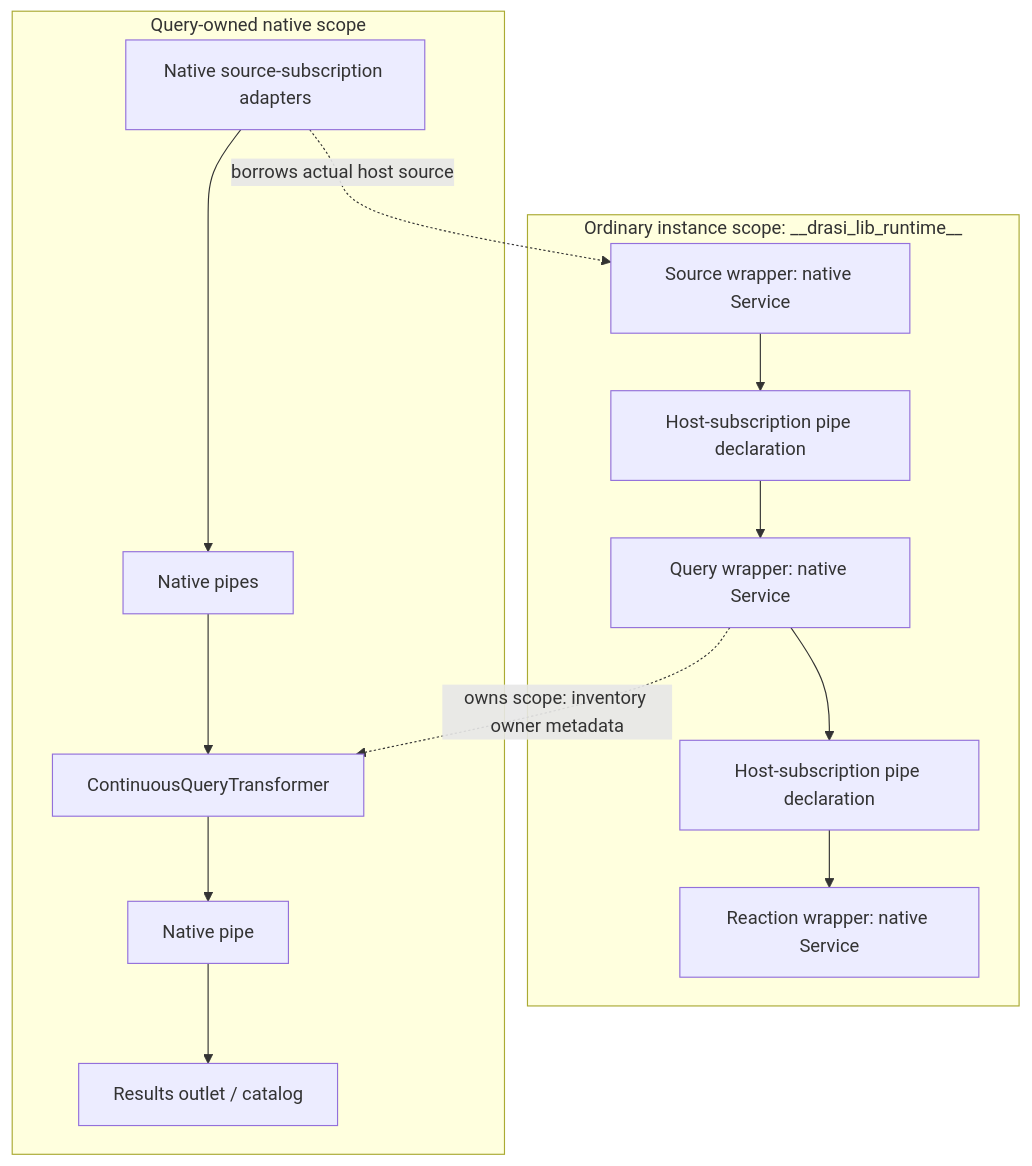
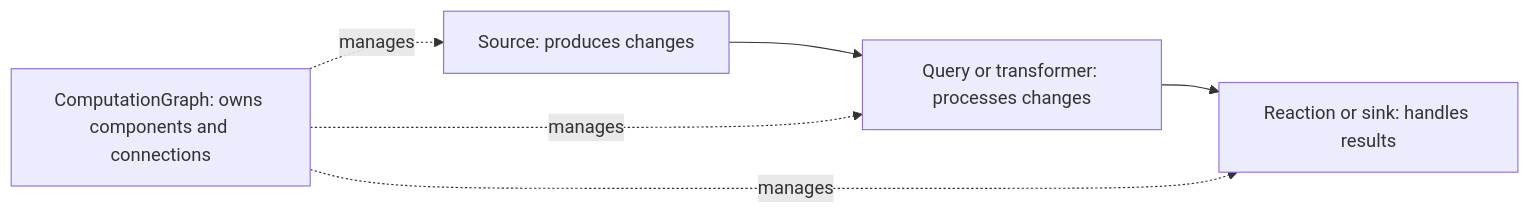
Before and after one commit to drasi-project/drasi-core: the first of 2 diagrams in lib/docs/computation-graph-design.md, drawn with Mermaid. The commit also changed other lines of this file and 10 other files, not shown here.

````diff
--- a/lib/docs/computation-graph-design.md
+++ b/lib/docs/computation-graph-design.md
@@ -141,21 +25,8 @@
 ```mermaid
-flowchart TB
-    subgraph Parent["Ordinary instance scope: __drasi_lib_runtime__"]
-        S["Source wrapper: native Service"]
-        SQ["Host-subscription pipe declaration"]
-        Q["Query wrapper: native Service"]
-        QR["Host-subscription pipe declaration"]
-        R["Reaction wrapper: native Service"]
-        S --> SQ --> Q --> QR --> R
-    end
-    subgraph Child["Query-owned native scope"]
-        SA["Native source-subscription adapters"]
-        P1["Native pipes"]
-        CQ["ContinuousQueryTransformer"]
-        P2["Native pipe"]
-        OUT["Results outlet / catalog"]
-        SA --> P1 --> CQ --> P2 --> OUT
-    end
-    Q -. "owns scope: inventory owner metadata" .-> CQ
-    SA -. "borrows actual host source" .-> S
+flowchart LR
+    S["Source: produces changes"] --> Q["Query or transformer: processes changes"]
+    Q --> R["Reaction or sink: handles results"]
+    G["ComputationGraph: owns components and connections"] -. manages .-> S
+    G -. manages .-> Q
+    G -. manages .-> R
 ```
````
